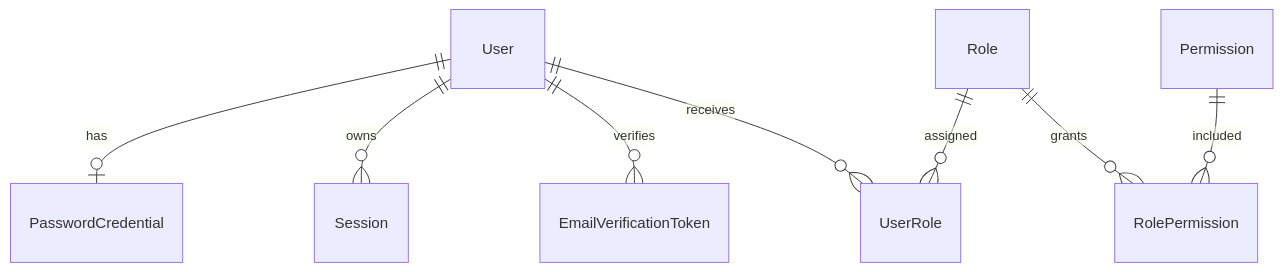
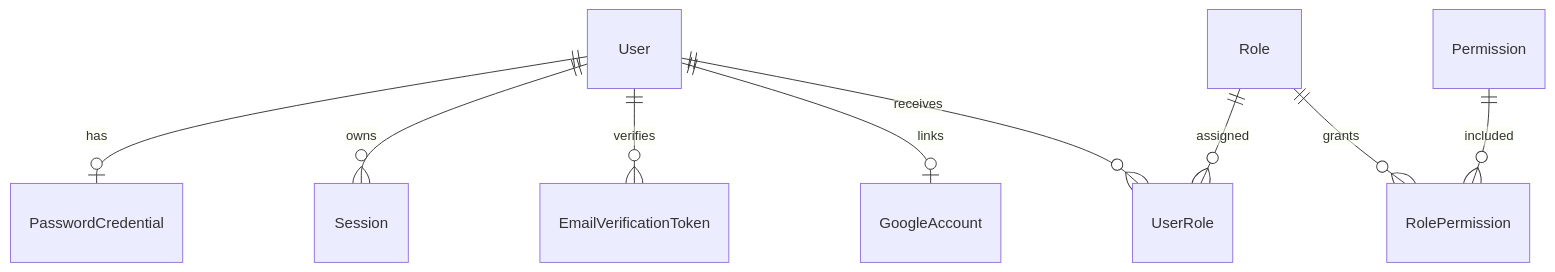
Before and after one commit to dhViet2004/modular-fullstack-base: the diagram in docs/06-DATABASE.md, drawn with Mermaid. The commit also changed other lines of this file and 49 other files, not shown here.

````diff
--- a/docs/06-DATABASE.md
+++ b/docs/06-DATABASE.md
@@ -14,10 +15,11 @@
 ```mermaid
 erDiagram
     User ||--o| PasswordCredential : has
     User ||--o{ Session : owns
     User ||--o{ EmailVerificationToken : verifies
+    User ||--o| GoogleAccount : links
     User ||--o{ UserRole : receives
     Role ||--o{ UserRole : assigned
     Role ||--o{ RolePermission : grants
     Permission ||--o{ RolePermission : included
 ```
````
